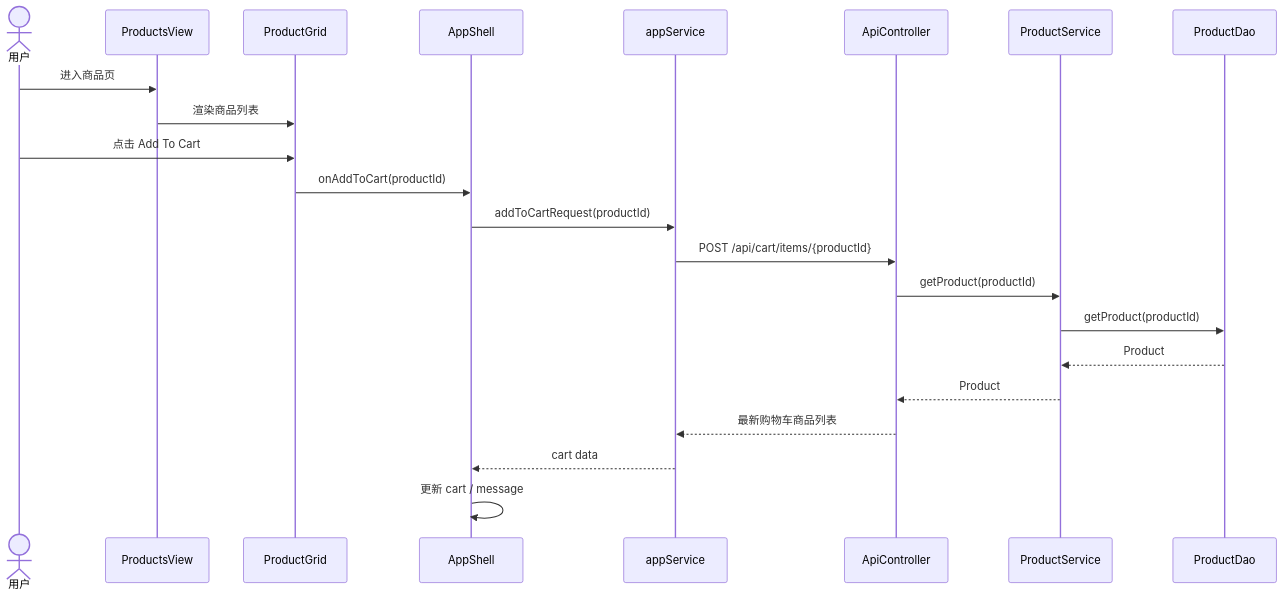
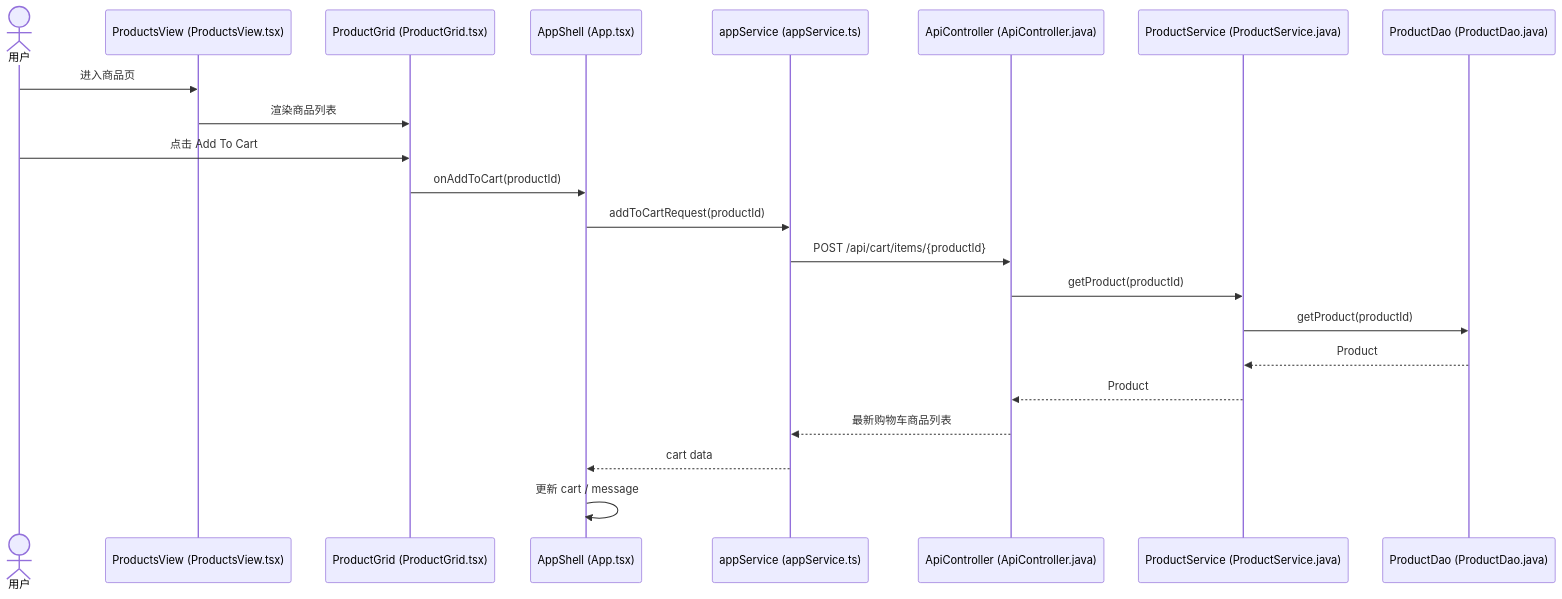
The fifth of 8 diagrams in java-projects/JtProject-React/docs/README.md (kurekako2017/vscode_study), drawn with Mermaid before and after one commit. The commit also changed other lines of this file and 11 other files, not shown here.

Commit message:
docs: expand AWS and project diagrams

````diff
--- a/java-projects/JtProject-React/docs/README.md
+++ b/java-projects/JtProject-React/docs/README.md
@@ -552,25 +677,25 @@
 ```mermaid
 sequenceDiagram
 	actor U as 用户
-	participant V as ProductsView
-	participant G as ProductGrid
-	participant S as AppShell
-	participant A as appService
-	participant C as ApiController
-	participant PS as ProductService
-	participant PD as ProductDao
+	participant V as ProductsView (ProductsView.tsx)
+	participant G as ProductGrid (ProductGrid.tsx)
+	participant S as AppShell (App.tsx)
+	participant A as appService (appService.ts)
+	participant C as ApiController (ApiController.java)
+	participant PS as ProductService (ProductService.java)
+	participant PD as ProductDao (ProductDao.java)
 
 	U->>V: 进入商品页
 	V->>G: 渲染商品列表
 	U->>G: 点击 Add To Cart
 	G->>S: onAddToCart(productId)
 	S->>A: addToCartRequest(productId)
 	A->>C: POST /api/cart/items/{productId}
 	C->>PS: getProduct(productId)
 	PS->>PD: getProduct(productId)
 	PD-->>PS: Product
 	PS-->>C: Product
 	C-->>A: 最新购物车商品列表
 	A-->>S: cart data
 	S->>S: 更新 cart / message
 ```
````
